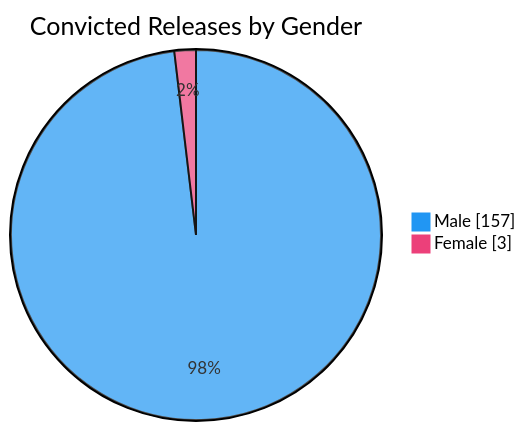
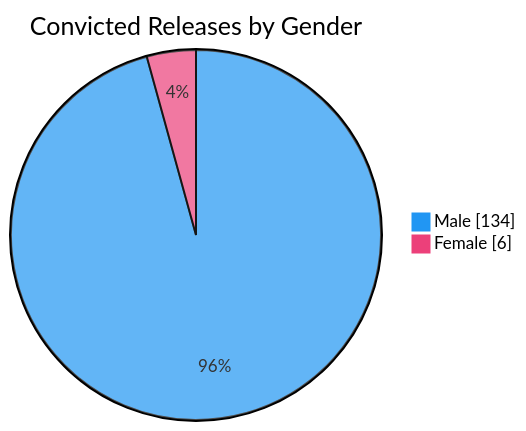
One commit to nuuuwan/lk_prisons changed the sixth of 7 diagrams in README.md. Above: the diagram before and after it, drawn with Mermaid. The commit also changed other lines of this file and 1 other file, not shown here.

````diff
--- a/README.md
+++ b/README.md
@@ -98,6 +98,6 @@
 ```mermaid
 %%{init: {'themeVariables': {'pie1': '#2196F3', 'pie2': '#EC407A'}}}%%
 pie showData title Convicted Releases by Gender
-    "Male" : 157
-    "Female" : 3
+    "Male" : 134
+    "Female" : 6
 ```
````
